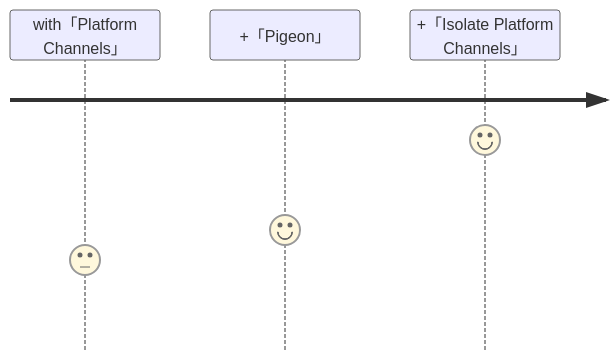
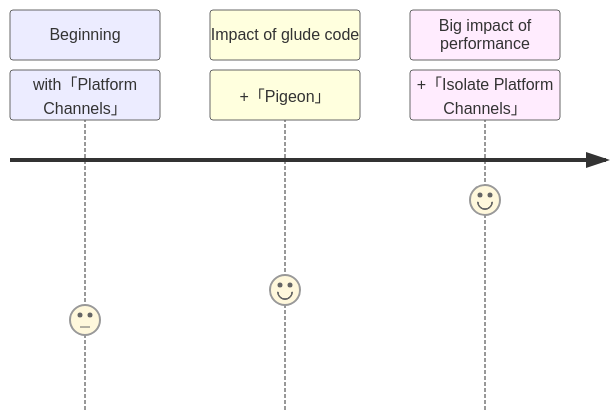
One commit to sensuikan1973/flutter_expensive_native_embedding_journey changed the diagram in slide/pages/journey_platform-specific_APIs.md. Above: the diagram before and after it, drawn with Mermaid. The commit also changed other lines of this file and 1 other file, not shown here.

````diff
--- a/slide/pages/journey_platform-specific_APIs.md
+++ b/slide/pages/journey_platform-specific_APIs.md
@@ -26,6 +29,9 @@
 ```mermaid {scale: 0.6}
 journey
-    with「Platform Channels」: 3
-    +「Pigeon」: 4
-    +「Isolate Platform Channels」 : 7
+    section Beginning
+        with「Platform Channels」: 3
+    section Impact of glude code
+        +「Pigeon」: 4
+    section Big impact of performance
+        +「Isolate Platform Channels」 : 7
 ```
````
